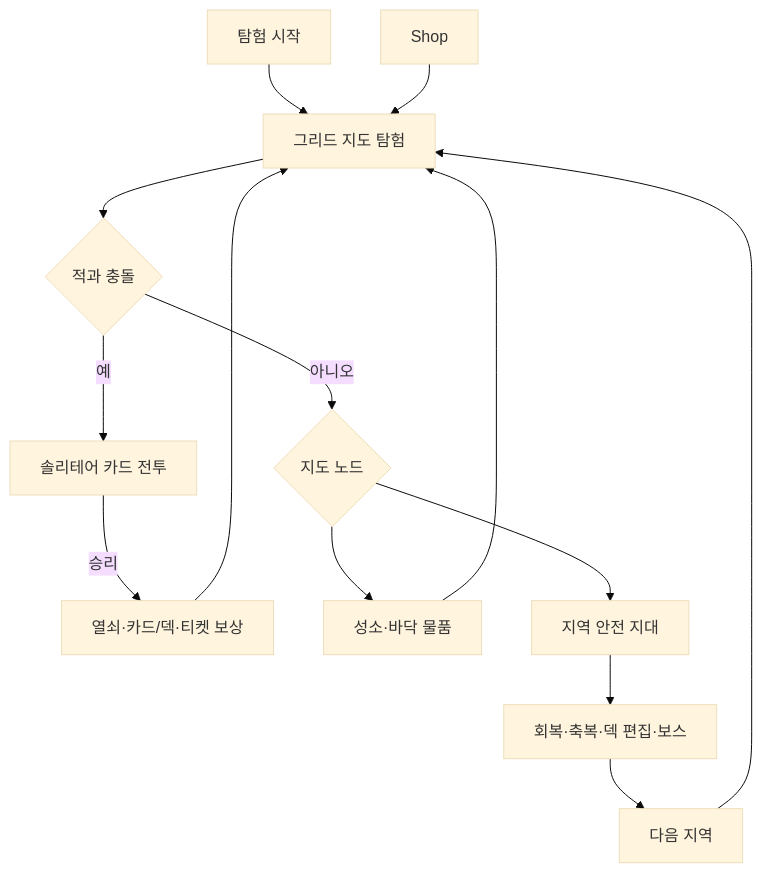
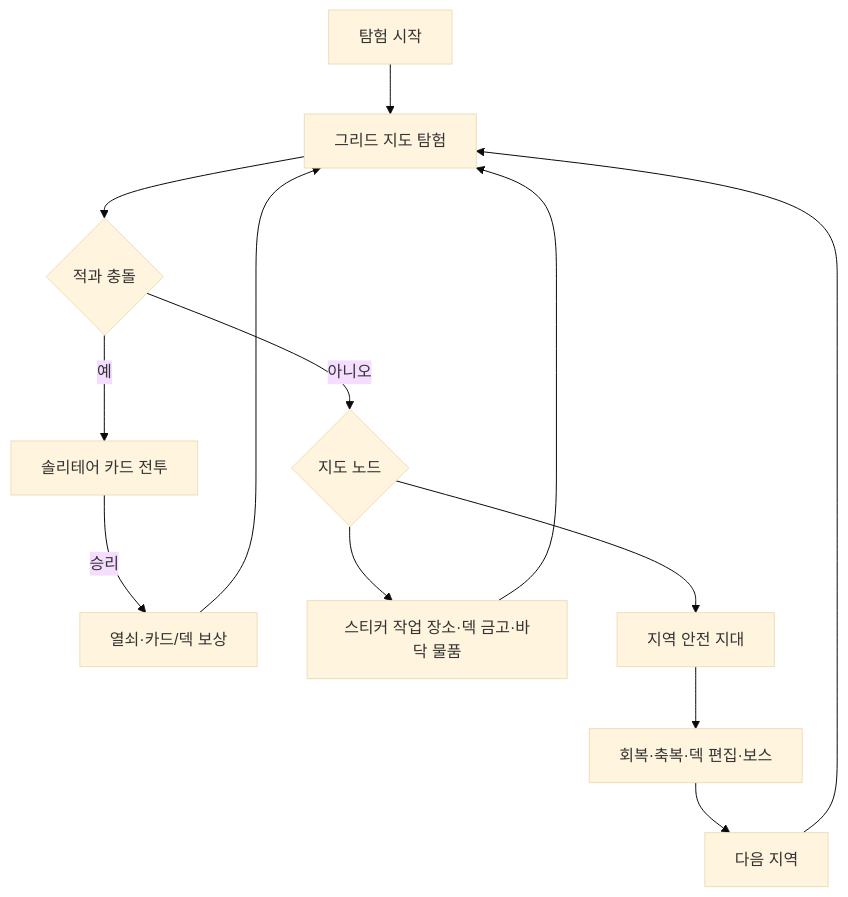
Before and after one commit to dhwangdo/ruinfall: the diagram in docs/GAME_DESIGN.md, drawn with Mermaid (base theme). The commit also changed other lines of this file and 31 other files, not shown here.

````diff
--- a/docs/GAME_DESIGN.md
+++ b/docs/GAME_DESIGN.md
@@ -9,16 +9,15 @@
 ```mermaid
 flowchart TD
   Start["탐험 시작"] --> Map["그리드 지도 탐험"]
   Map --> Enemy{"적과 충돌"}
   Enemy -->|예| Battle["솔리테어 카드 전투"]
-  Battle -->|승리| Reward["열쇠·카드/덱·티켓 보상"]
+  Battle -->|승리| Reward["열쇠·카드/덱 보상"]
   Reward --> Map
   Enemy -->|아니오| Node{"지도 노드"}
-  Node --> Shrine["성소·바닥 물품"]
+  Node --> Shrine["스티커 작업 장소·덱 금고·바닥 물품"]
   Node --> Portal["지역 안전 지대"]
-  Shop --> Map
   Shrine --> Map
   Portal --> Safe["회복·축복·덱 편집·보스"]
   Safe --> Next["다음 지역"]
   Next --> Map
 ```
````
